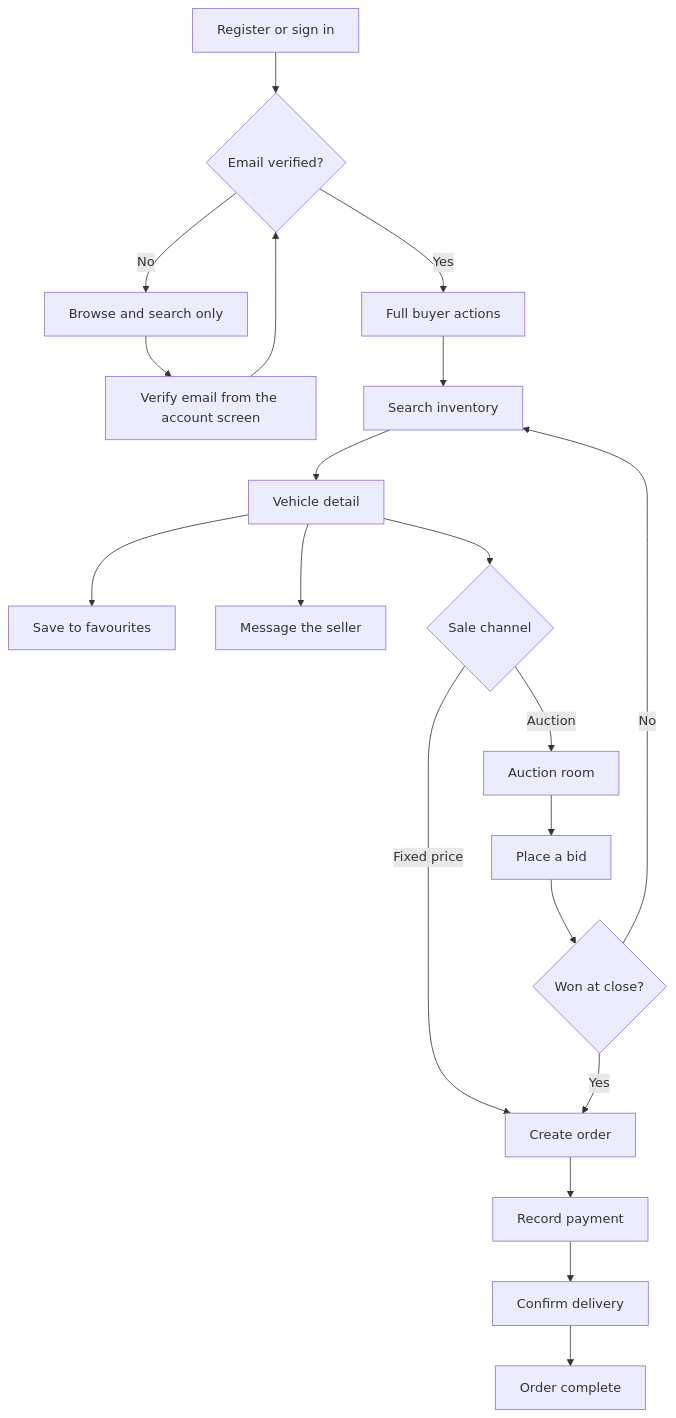
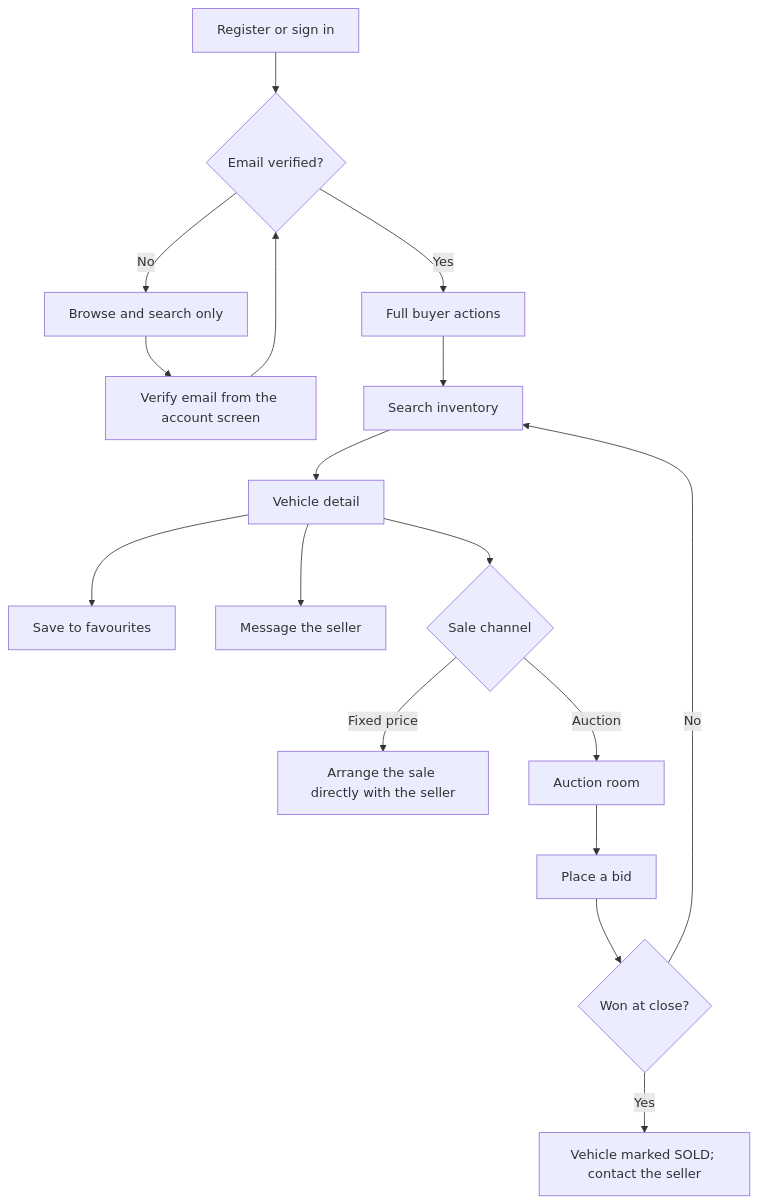
Before and after one commit to MohammadZakariaDehghani/Vintrax: the second of 19 diagrams in documentation/transaction-flow.md, drawn with Mermaid. The commit also changed other lines of this file and 39 other files, not shown here.

````diff
--- a/documentation/transaction-flow.md
+++ b/documentation/transaction-flow.md
@@ -101,26 +93,22 @@
 ```mermaid
 flowchart TD
     A["Register or sign in"] --> B{"Email verified?"}
     B -- "No" --> C["Browse and search only"]
     C --> V["Verify email from the account screen"]
     V --> B
     B -- "Yes" --> D["Full buyer actions"]
 
     D --> E["Search inventory"]
     E --> F["Vehicle detail"]
     F --> G["Save to favourites"]
     F --> H["Message the seller"]
     F --> I{"Sale channel"}
 
-    I -- "Fixed price" --> J["Create order"]
+    I -- "Fixed price" --> J["Arrange the sale directly with the seller"]
     I -- "Auction" --> K["Auction room"]
 
     K --> L["Place a bid"]
     L --> M{"Won at close?"}
-    M -- "Yes" --> J
+    M -- "Yes" --> N["Vehicle marked SOLD; contact the seller"]
     M -- "No" --> E
-
-    J --> N["Record payment"]
-    N --> O["Confirm delivery"]
-    O --> P["Order complete"]
 ```
````
